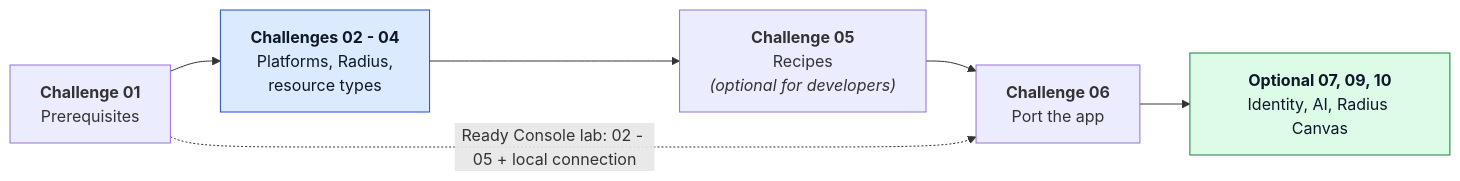
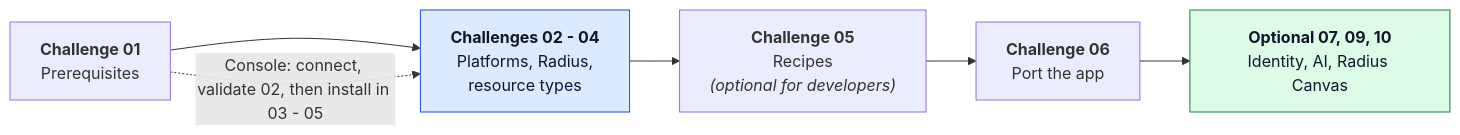
The third of 3 diagrams in 03-Azure/01-01-App Innovation/04-adaptive-apps/Readme.md (microsoft/MicroHack), drawn with Mermaid before and after one commit. The commit also changed other lines of this file and 19 other files, not shown here.

````diff
--- a/03-Azure/01-01-App Innovation/04-adaptive-apps/Readme.md
+++ b/03-Azure/01-01-App Innovation/04-adaptive-apps/Readme.md
@@ -117,16 +115,16 @@
 ```mermaid
 flowchart LR
     C1["<b>Challenge 01</b><br/>Prerequisites"]
     C24["<b>Challenges 02 - 04</b><br/>Platforms, Radius,<br/>resource types"]
     C5["<b>Challenge 05</b><br/>Recipes<br/><i>(optional for developers)</i>"]
     C6["<b>Challenge 06</b><br/>Port the app"]
     C711["<b>Optional 07, 09, 10</b><br/>Identity, AI, Radius Canvas"]
 
     C1 --> C24 --> C5 --> C6 --> C711
-    C1 -. "Ready Console lab: 02 - 05 + local connection" .-> C6
+    C1 -. "Console: connect, validate 02, then install in 03 - 05" .-> C24
 
     classDef platform fill:#dbeafe,stroke:#1d4ed8,color:#0f172a
     classDef developer fill:#dcfce7,stroke:#15803d,color:#0f172a
     class C24 platform
     class C711 developer
 ```
````
